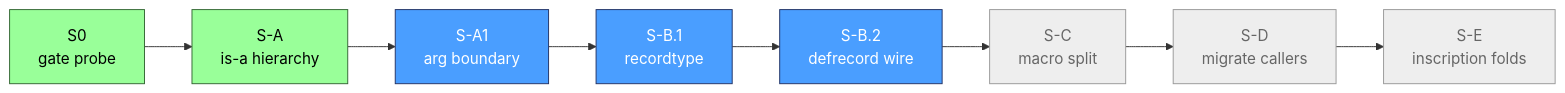
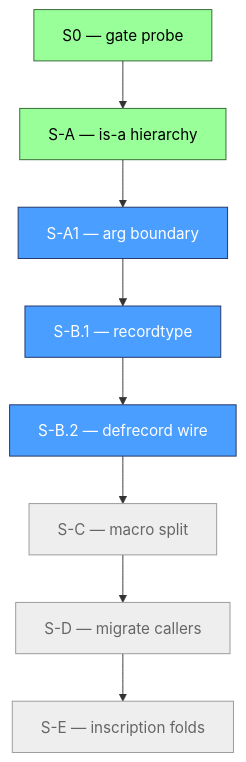
Before and after one commit to watmin/algebraic-intelligence.dev: the diagram in src/content/docs/blog/story/series-006-019-records-become-types.md, drawn with Mermaid. The commit also changed 1 other file, not shown here.

Commit message:
story: clean up the three visuals user flagged
  011 cache architecture — was messy (three observers all converging
    into L2 produced asymmetric layout, miss/install labels overlapping).
    Simplified to single-observer flow with multi-observer character
    moved into the node labels ("Observer × N", "per-observer hot",
    "shared across observers"). The topology is now clean; the
    cardinality lives in the captions.

  011 DAG — upgraded the ASCII Tree-vs-DAG comparison to mermaid
    subgraphs. The "Tree (wrong) | DAG (right)" two-column ASCII was
    fine when the post had no other visuals; now that the rest of the
    post uses mermaid, the ASCII was the wrong idiom. The mermaid
    version shows the shared-D convergence more clearly.

  019 boss-map — switched from LR to TD. Forcing 8 nodes into a single
    horizontal row was squeezing the labels unreadably. Top-down lets
    each label render at its natural size while preserving the
    sequence and the three-tone status coloring (shipped / May 26 /
    pending).

Build verified, 55 pages, no mermaid errors.

````diff
--- a/src/content/docs/blog/story/series-006-019-records-become-types.md
+++ b/src/content/docs/blog/story/series-006-019-records-become-types.md
@@ -24,18 +24,18 @@
 ```mermaid
-graph LR
-    S0[S0<br/>gate probe] --> SA[S-A<br/>is-a hierarchy]
-    SA --> SA1[S-A1<br/>arg boundary]
-    SA1 --> SB1[S-B.1<br/>recordtype]
-    SB1 --> SB2[S-B.2<br/>defrecord wire]
-    SB2 --> SC[S-C<br/>macro split]
-    SC --> SD[S-D<br/>migrate callers]
-    SD --> SE[S-E<br/>inscription folds]
+graph TD
+    S0[S0 — gate probe] --> SA[S-A — is-a hierarchy]
+    SA --> SA1[S-A1 — arg boundary]
+    SA1 --> SB1[S-B.1 — recordtype]
+    SB1 --> SB2[S-B.2 — defrecord wire]
+    SB2 --> SC[S-C — macro split]
+    SC --> SD[S-D — migrate callers]
+    SD --> SE[S-E — inscription folds]
 
     classDef shipped fill:#9f9,stroke:#363,color:#000
     classDef may26 fill:#4a9eff,stroke:#236,color:#fff
     classDef pending fill:#eee,stroke:#999,color:#666
 
     class S0,SA shipped
     class SA1,SB1,SB2 may26
     class SC,SD,SE pending
 ```
````
